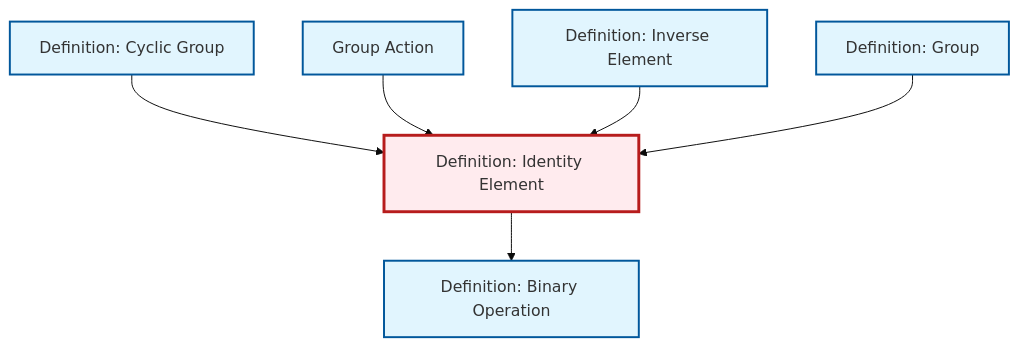
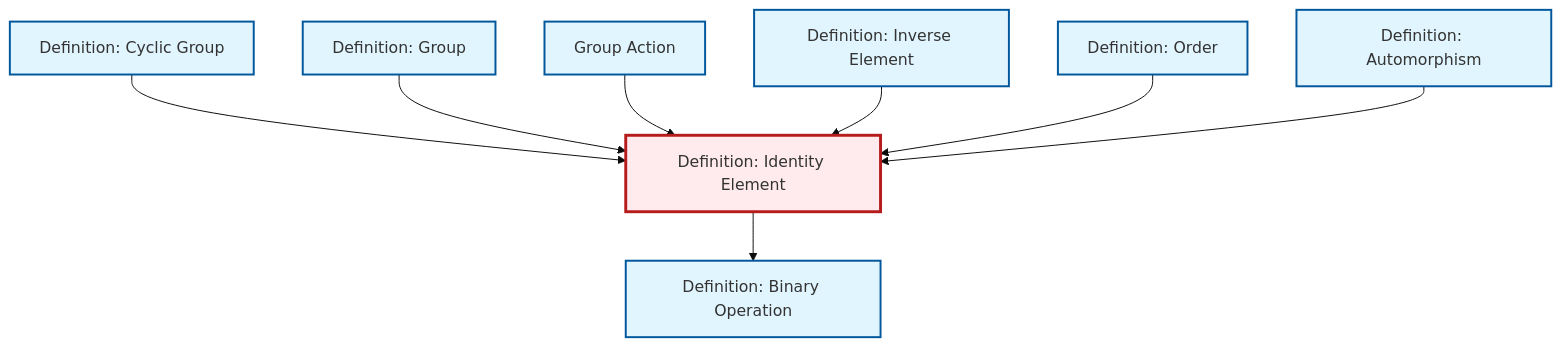
The diagram in content/en/algebra/def-identity-element.qmd (RK0429/ModernMath), drawn with Mermaid (base theme) before and after one commit. The commit also changed 581 other files, not shown here.

````diff
--- a/content/en/algebra/def-identity-element.qmd
+++ b/content/en/algebra/def-identity-element.qmd
@@ -77,26 +77,32 @@
 ```{mermaid}
 %%| fig-cap: "Local dependency graph"
 graph TD
     classDef definition fill:#e1f5fe,stroke:#01579b,stroke-width:2px
     classDef theorem fill:#f3e5f5,stroke:#4a148c,stroke-width:2px
     classDef axiom fill:#fff3e0,stroke:#e65100,stroke-width:2px
     classDef example fill:#e8f5e9,stroke:#1b5e20,stroke-width:2px
     classDef current fill:#ffebee,stroke:#b71c1c,stroke-width:3px
+    def-binary-operation["Definition: Binary Operation"]:::definition
+    def-order["Definition: Order"]:::definition
     def-group-action["Group Action"]:::definition
+    def-inverse-element["Definition: Inverse Element"]:::definition
+    def-identity-element["Definition: Identity Element"]:::definition
     def-cyclic-group["Definition: Cyclic Group"]:::definition
     def-group["Definition: Group"]:::definition
-    def-binary-operation["Definition: Binary Operation"]:::definition
-    def-identity-element["Definition: Identity Element"]:::definition
-    def-inverse-element["Definition: Inverse Element"]:::definition
+    def-automorphism["Definition: Automorphism"]:::definition
+    def-cyclic-group --> def-identity-element
     def-identity-element --> def-binary-operation
-    def-cyclic-group --> def-identity-element
+    def-group --> def-identity-element
     def-group-action --> def-identity-element
     def-inverse-element --> def-identity-element
-    def-group --> def-identity-element
+    def-order --> def-identity-element
+    def-automorphism --> def-identity-element
     class def-identity-element current
+    click def-binary-operation "def-binary-operation.html" "Go to Binary Operation definition"
+    click def-order "def-order.html" "Go to Order definition"
     click def-group-action "def-group-action.html" "Go to Group Action"
+    click def-inverse-element "def-inverse-element.html" "Go to Inverse Element definition"
     click def-cyclic-group "def-cyclic-group.html" "Go to Cyclic Group definition"
     click def-group "def-group.html" "Go to Group definition"
-    click def-binary-operation "def-binary-operation.html" "Go to Binary Operation definition"
-    click def-inverse-element "def-inverse-element.html" "Go to Inverse Element definition"
+    click def-automorphism "def-automorphism.html" "Go to Automorphism definition"
 ```
````
